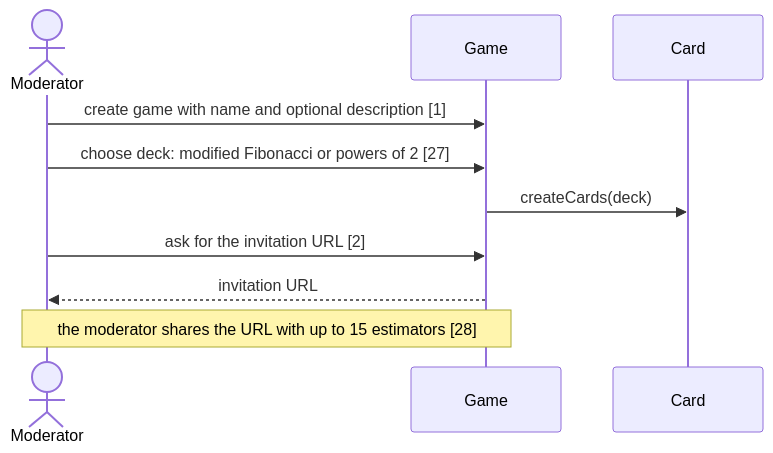
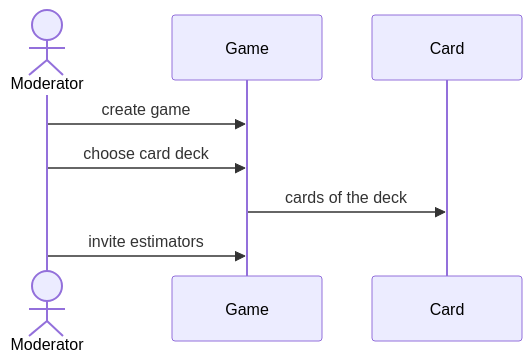
Before and after one commit to grumartin/user-story-domain-model-datasets: the diagram in 4_gold_standard_sequence_diagrams/planningpoker/sd1_set_up_game.mmd, drawn with Mermaid. The commit also changed 151 other files, not shown here.

Commit message:
Adapt domain models to revised gold and silver standard & Create Sequence Diagrams for all Projects (#2)

```diff
--- a/4_gold_standard_sequence_diagrams/planningpoker/sd1_set_up_game.mmd
+++ b/4_gold_standard_sequence_diagrams/planningpoker/sd1_set_up_game.mmd
@@ -1,14 +1,15 @@
 sequenceDiagram
     %% SD1 - Set up a game
     %% Stories: 1, 2, 27, 28
-    %% Description: The moderator creates a game, chooses the card deck and gets the invitation URL to share with the estimators.
+    %% Description: The moderator creates a game, chooses the card deck and invites the estimators.
     actor M as Moderator
     participant G as Game
     participant C as Card
 
-    M->>G: create game with name and optional description [1]
-    M->>G: choose deck: modified Fibonacci or powers of 2 [27]
-    G->>C: createCards(deck)
-    M->>G: ask for the invitation URL [2]
-    G-->>M: invitation URL
-    Note over M,G: the moderator shares the URL with up to 15 estimators [28]
+    %% covers 1
+    M->>G: create game
+    %% covers 27
+    M->>G: choose card deck
+    G->>C: cards of the deck
+    %% covers 2, 28
+    M->>G: invite estimators
```
